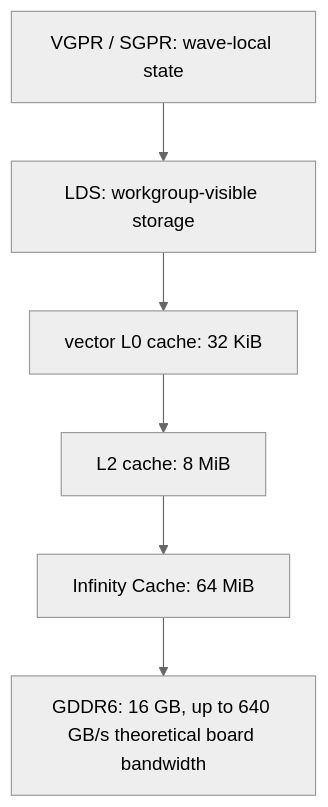
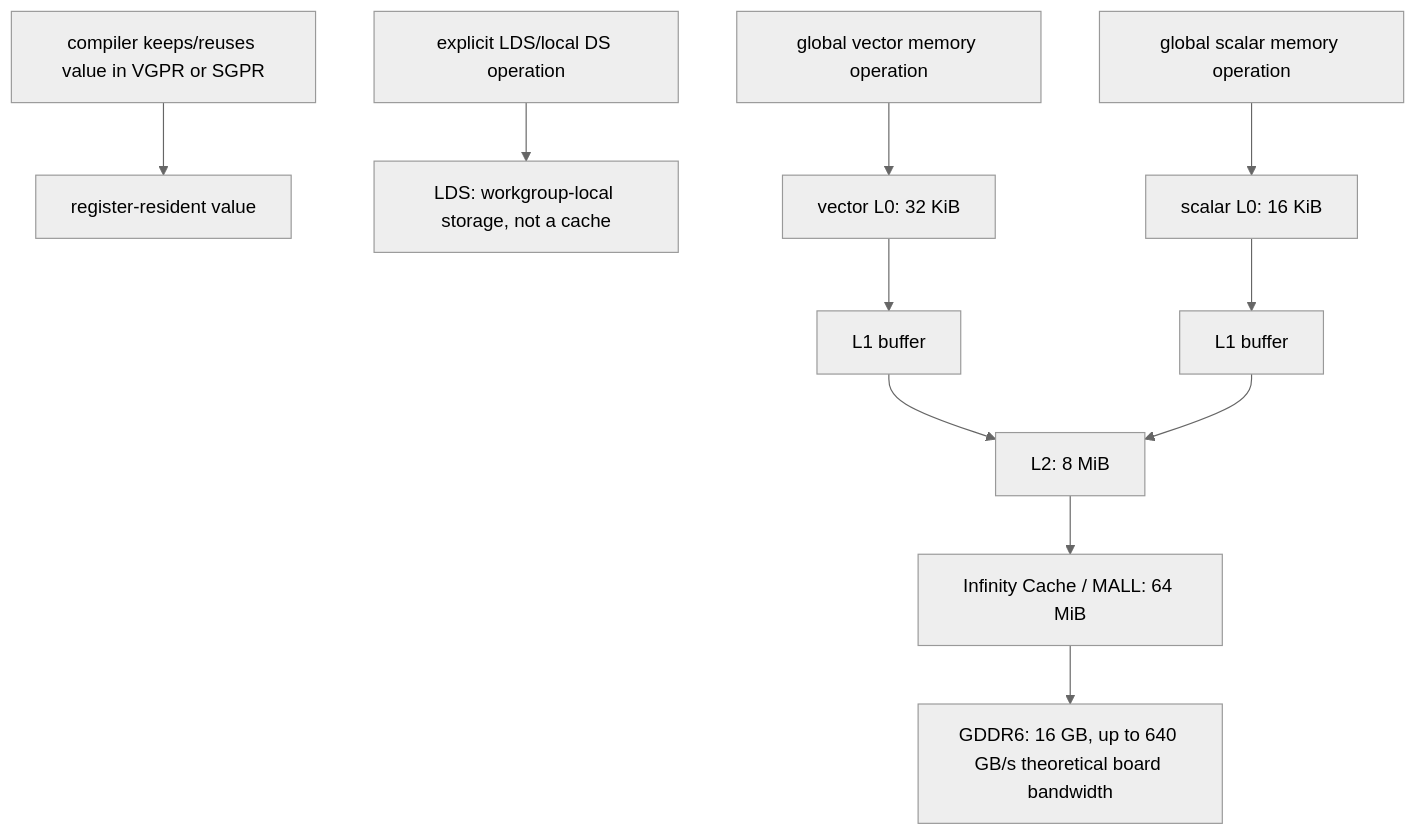
One commit to datawhalechina/hello-gpu changed the sixth of 9 diagrams in docs/part0-intro/chapter2/index.md. Above: the diagram before and after it, drawn with Mermaid (neutral theme). The commit also changed other lines of this file, not shown here.

Commit message:
fix(docs): correct chapter2 memory paths

````diff
--- a/docs/part0-intro/chapter2/index.md
+++ b/docs/part0-intro/chapter2/index.md
@@ -194,8 +198,13 @@
 ```mermaid
 flowchart TB
-    R[VGPR / SGPR: wave-local state] --> LDS[LDS: workgroup-visible storage]
-    LDS --> L0[vector L0 cache: 32 KiB]
-    L0 --> L2[L2 cache: 8 MiB]
-    L2 --> IC[Infinity Cache: 64 MiB]
+    R[compiler keeps/reuses value in VGPR or SGPR] --> RU[register-resident value]
+    DS[explicit LDS/local DS operation] --> LDS[LDS: workgroup-local storage, not a cache]
+    V[global vector memory operation] --> VL0[vector L0: 32 KiB]
+    VL0 --> L1V[L1 buffer]
+    L1V --> L2[L2: 8 MiB]
+    L2 --> IC[Infinity Cache / MALL: 64 MiB]
     IC --> G[GDDR6: 16 GB, up to 640 GB/s theoretical board bandwidth]
+    S[global scalar memory operation] --> SL0[scalar L0: 16 KiB]
+    SL0 --> L1S[L1 buffer]
+    L1S --> L2
 ```
````
